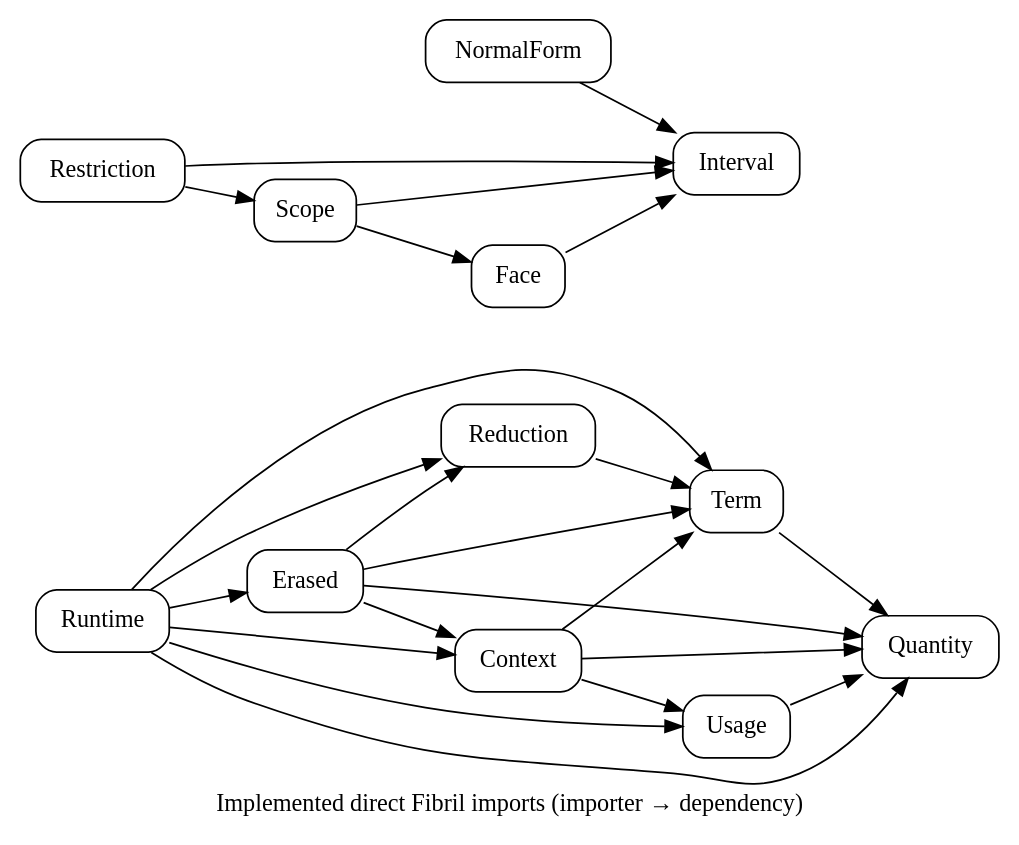
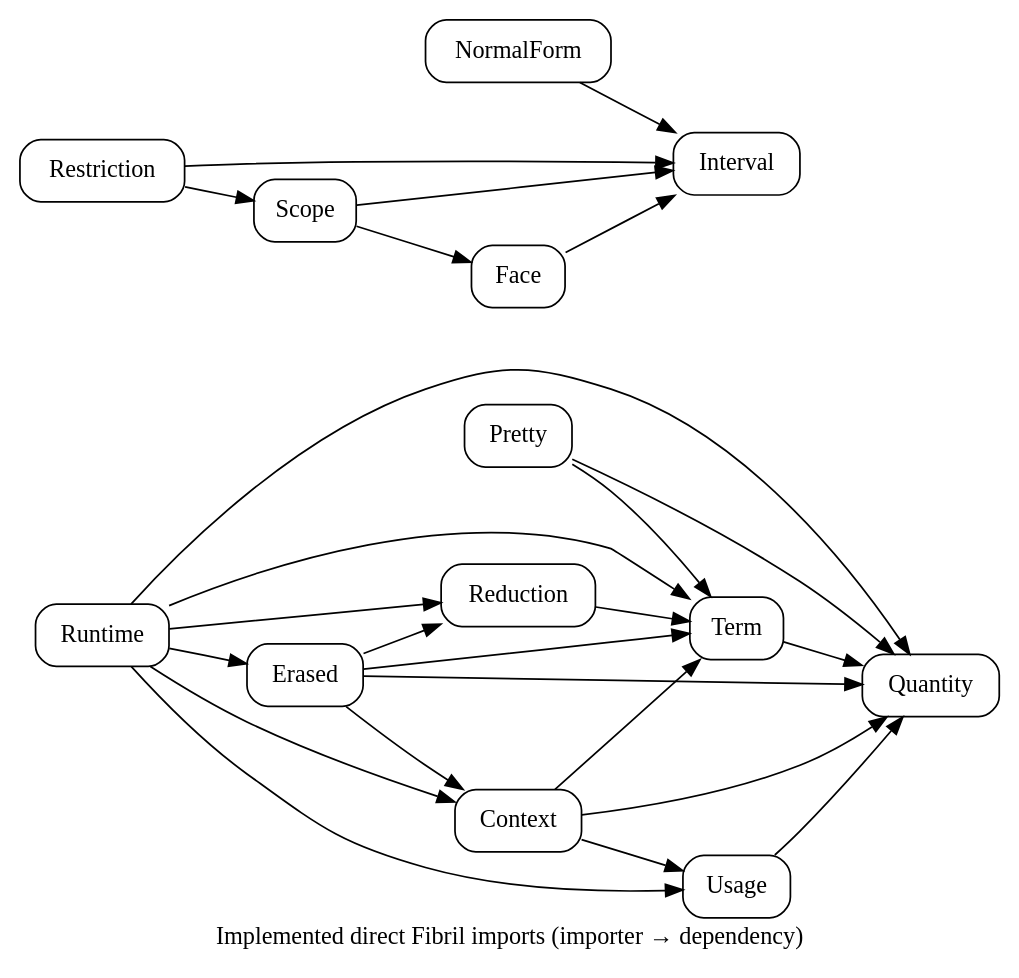
Before and after one commit to odunboye/fibril: the diagram in docs/diagrams/modules.dot, drawn with Graphviz. The commit also changed 11 other files, not shown here.

```diff
--- a/docs/diagrams/modules.dot
+++ b/docs/diagrams/modules.dot
@@ -1,11 +1,12 @@
 digraph Modules {
 rankdir=LR; node [shape=box,style=rounded];
 Quantity; Interval; NormalForm; Face; Scope; Restriction; Term;
 NormalForm -> Interval; Face -> Interval;
 Scope -> {Interval Face}; Restriction -> {Interval Scope};
+Pretty -> {Quantity Term};
 Term -> Quantity; Usage -> Quantity; Context -> {Quantity Term Usage};
 Reduction -> Term;
 Erased -> {Quantity Term Context Reduction};
 Runtime -> {Quantity Term Context Usage Reduction Erased};
 label="Implemented direct Fibril imports (importer → dependency)";
 }
```
